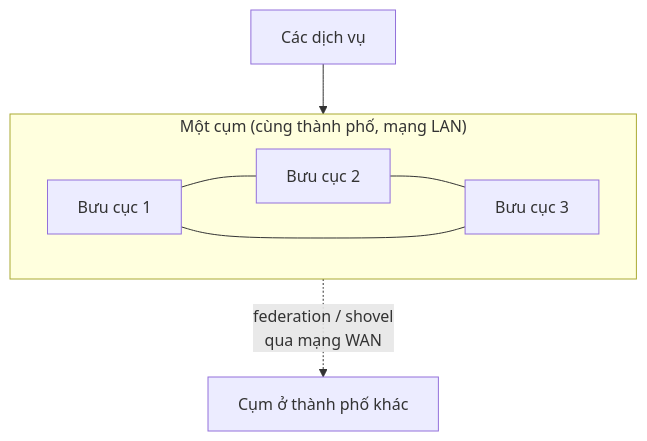
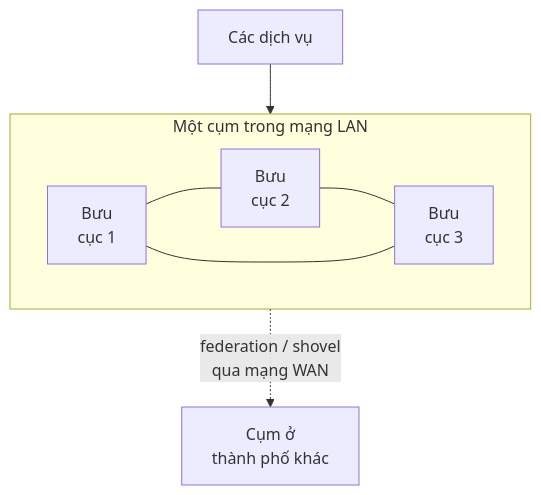
Before and after one commit to duongbui234/software-engineering-atlas: the diagram in content/posts/2026-11-21-rabbitmq-cluster.md, drawn with Mermaid. The commit also changed 134 other files, not shown here.

First line of the commit message:
Fit every Mermaid diagram at 390px without sideways scroll (#56)

````diff
--- a/content/posts/2026-11-21-rabbitmq-cluster.md
+++ b/content/posts/2026-11-21-rabbitmq-cluster.md
@@ -54,10 +54,10 @@
 ```mermaid
 flowchart TB
-    subgraph C["Một cụm (cùng thành phố, mạng LAN)"]
-        N1["Bưu cục 1"] --- N2["Bưu cục 2"]
-        N2 --- N3["Bưu cục 3"]
+    subgraph C["Một cụm trong mạng LAN"]
+        N1["Bưu<br/>cục 1"] --- N2["Bưu<br/>cục 2"]
+        N2 --- N3["Bưu<br/>cục 3"]
         N1 --- N3
     end
     App["Các dịch vụ"] --> C
-    C -.->|"federation / shovel<br/>qua mạng WAN"| R["Cụm ở thành phố khác"]
+    C -.->|"federation / shovel<br/>qua mạng WAN"| R["Cụm ở<br/>thành phố khác"]
 ```
````
